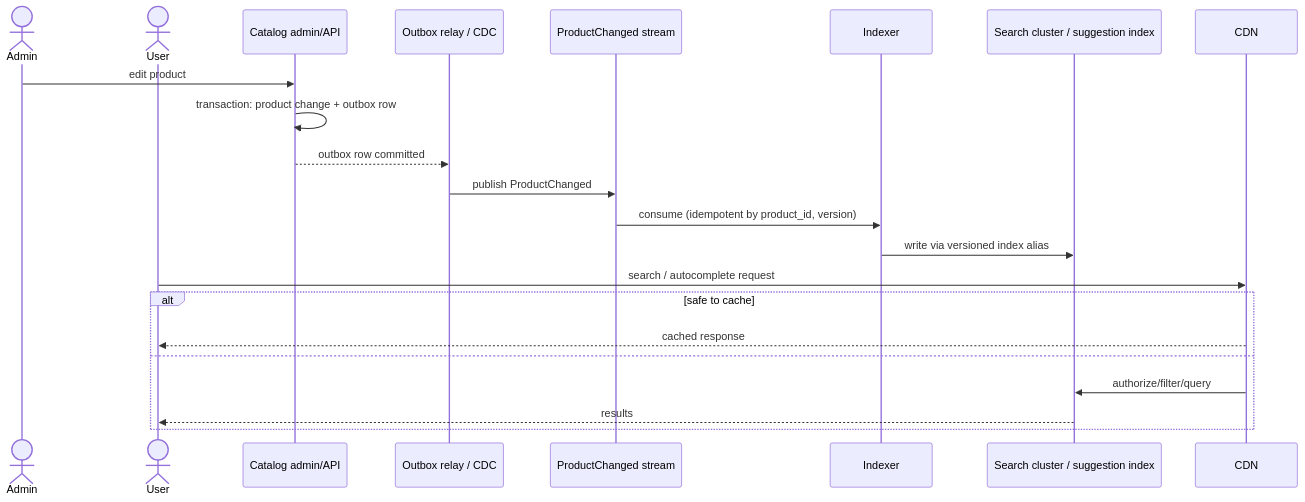
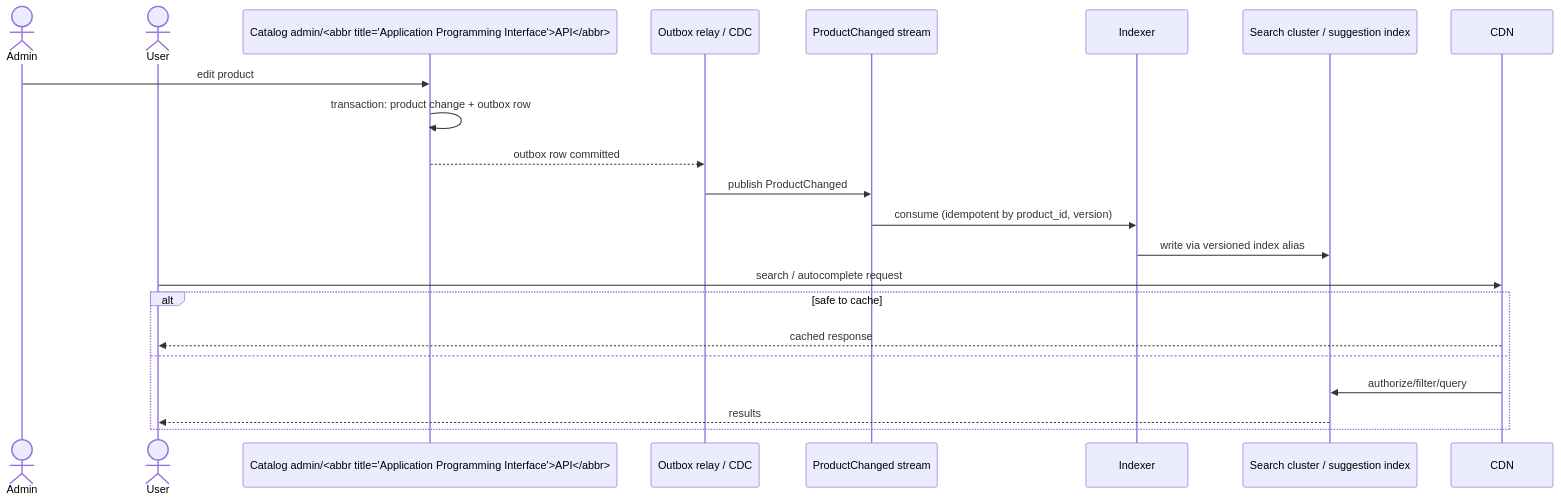
The first of 2 diagrams in SystemDesign/solutions/009_search_and_autocomplete_solution.md (AkiebNazir/engineering-guide), drawn with Mermaid before and after one commit. The commit also changed 507 other files, not shown here.

````diff
--- a/SystemDesign/solutions/009_search_and_autocomplete_solution.md
+++ b/SystemDesign/solutions/009_search_and_autocomplete_solution.md
@@ -145,27 +145,27 @@
 ```mermaid
 %% caption: The catalog write path never depends on search — the outbox is what makes a crash-after-commit safe to replay.
 sequenceDiagram
     actor Admin
     actor User
-    participant Catalog as Catalog admin/API
+    participant Catalog as Catalog admin/<abbr title="Application Programming Interface">API</abbr>
     participant Relay as Outbox relay / CDC
     participant Stream as ProductChanged stream
     participant Indexer
     participant Search as Search cluster / suggestion index
     participant CDN
 
     Admin->>Catalog: edit product
     Catalog->>Catalog: transaction: product change + outbox row
     Catalog-->>Relay: outbox row committed
     Relay->>Stream: publish ProductChanged
     Stream->>Indexer: consume (idempotent by product_id, version)
     Indexer->>Search: write via versioned index alias
 
     User->>CDN: search / autocomplete request
     alt safe to cache
         CDN-->>User: cached response
     else
         CDN->>Search: authorize/filter/query
         Search-->>User: results
     end
 ```
````
